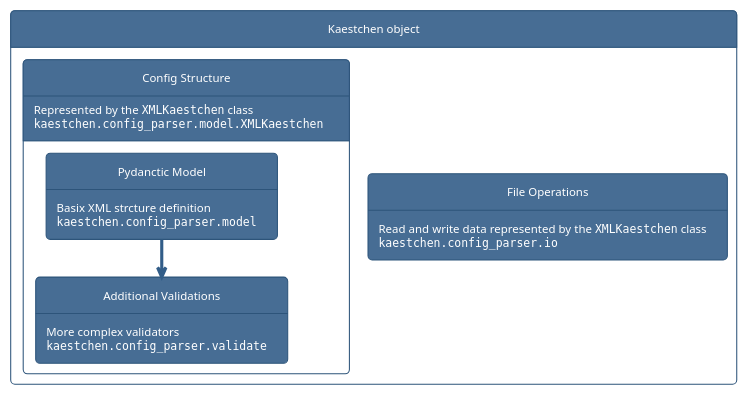
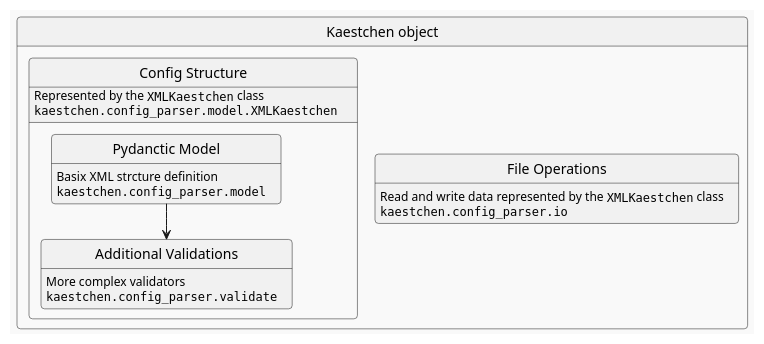
One commit to maromei/kaestchen changed the diagram in docs/source/architecture_reference/kaestchen_object_structure.md. Above: the diagram before and after it, drawn with PlantUML.

Commit message:
Switched uml diagram theme to .

````diff
--- a/docs/source/architecture_reference/kaestchen_object_structure.md
+++ b/docs/source/architecture_reference/kaestchen_object_structure.md
@@ -6,30 +6,30 @@
 ```{plantuml}
 
-!theme sandstone
+!theme mars
 
 state "Kaestchen object" as kaestchenobj {
 
   state "Config Structure" as configstructure {
 
     configstructure : Represented by the ""XMLKaestchen"" class
     configstructure : ""kaestchen.config_parser.model.XMLKaestchen""
 
     state "Pydanctic Model" as pydanticmodel
     pydanticmodel : Basix XML strcture definition
     pydanticmodel : ""kaestchen.config_parser.model""
 
     state "Additional Validations" as addvalidation
     addvalidation : More complex validators
     addvalidation : ""kaestchen.config_parser.validate""
 
     pydanticmodel --> addvalidation
   }
 
   state "File Operations" as fileoperations {
 
     fileoperations : Read and write data represented by the ""XMLKaestchen"" class
     fileoperations : ""kaestchen.config_parser.io""
 
   }
 }
 ```
````
